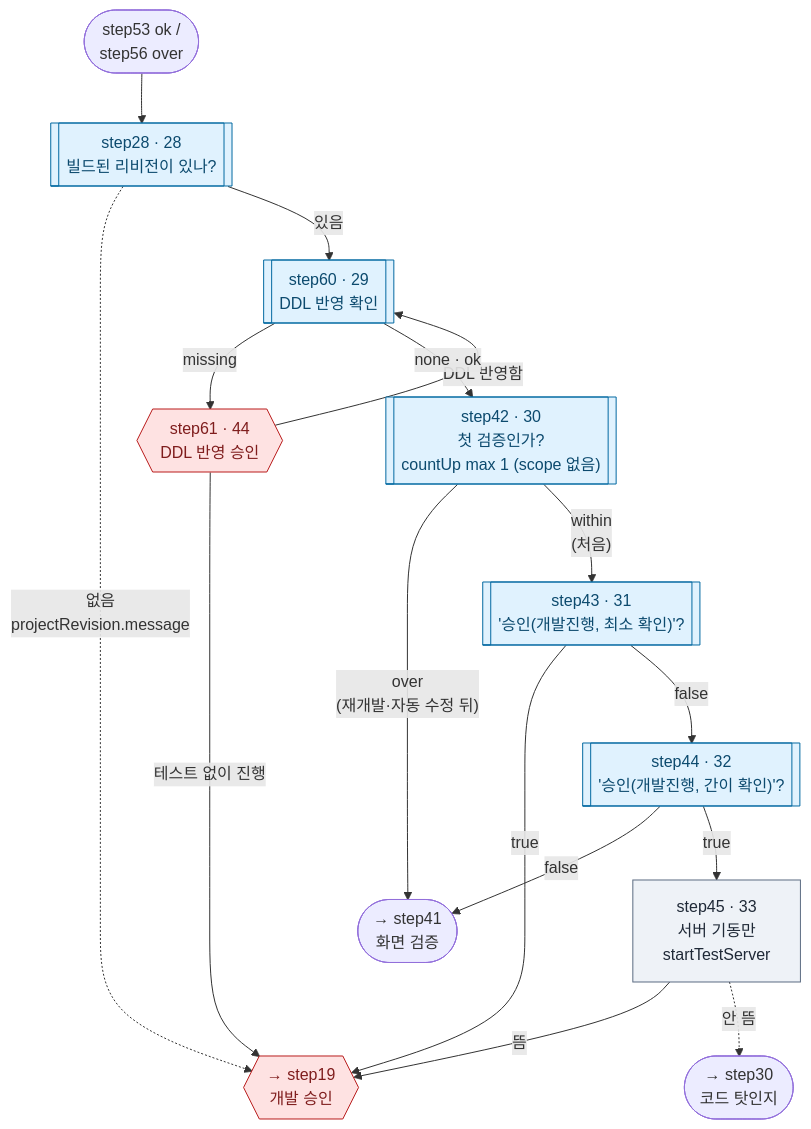
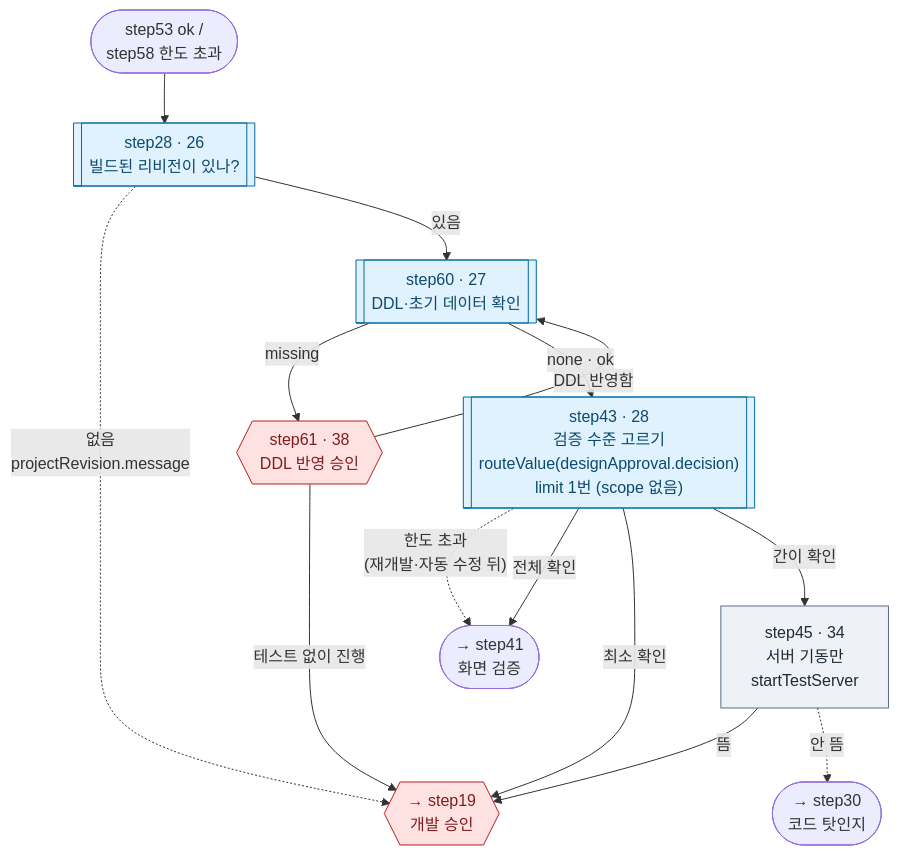
Diagram 14 of 24 in docs/09.dstone-ai-engine-sm-workflow.md (YongSoekChoeng/dstone), drawn with Mermaid before and after one commit. The commit also changed other lines of this file and 26 other files, not shown here.

First line of the commit message:
ai-engine: step 한도(limit)와 시작 시각 설정, sm-workflow 2.11.0 노드 줄이기(58 → 48)

````diff
--- a/docs/09.dstone-ai-engine-sm-workflow.md
+++ b/docs/09.dstone-ai-engine-sm-workflow.md
@@ -1087,22 +1042,20 @@
 ```mermaid
 flowchart TD
-    IN(["step53 ok /<br/>step56 over"]) --> step28[["step28 · 28<br/>빌드된 리비전이 있나?"]]:::route
+    IN(["step53 ok /<br/>step58 한도 초과"]) --> step28[["step28 · 26<br/>빌드된 리비전이 있나?"]]:::route
     step28 -.->|"없음<br/>projectRevision.message"| step19{{"→ step19<br/>개발 승인"}}:::appr
-    step28 -->|있음| step60[["step60 · 29<br/>DDL 반영 확인"]]:::route
-    step60 -->|missing| step61{{"step61 · 44<br/>DDL 반영 승인"}}:::appr
+    step28 -->|있음| step60[["step60 · 27<br/>DDL·초기 데이터 확인"]]:::route
+    step60 -->|missing| step61{{"step61 · 38<br/>DDL 반영 승인"}}:::appr
     step61 -->|DDL 반영함| step60
     step61 -->|테스트 없이 진행| step19
-    step60 -->|"none · ok"| step42[["step42 · 30<br/>첫 검증인가?<br/>countUp max 1 (scope 없음)"]]:::route
-    step42 -->|"over<br/>(재개발·자동 수정 뒤)"| FULL(["→ step41<br/>화면 검증"])
-    step42 -->|"within<br/>(처음)"| step43[["step43 · 31<br/>'승인(개발진행, 최소 확인)'?"]]:::route
-    step43 -->|true| step19
-    step43 -->|false| step44[["step44 · 32<br/>'승인(개발진행, 간이 확인)'?"]]:::route
-    step44 -->|false| FULL
-    step44 -->|true| step45["step45 · 33<br/>서버 기동만<br/>startTestServer"]:::tool
+    step60 -->|"none · ok"| step43[["step43 · 28<br/>검증 수준 고르기<br/>routeValue(designApproval.decision)<br/>limit 1번 (scope 없음)"]]:::route
+    step43 -.->|"한도 초과<br/>(재개발·자동 수정 뒤)"| FULL(["→ step41<br/>화면 검증"])
+    step43 -->|"전체 확인"| FULL
+    step43 -->|"최소 확인"| step19
+    step43 -->|"간이 확인"| step45["step45 · 34<br/>서버 기동만<br/>startTestServer"]:::tool
     step45 -->|뜸| step19
     step45 -.->|"안 뜸"| step30(["→ step30<br/>코드 탓인지"])
 
     classDef tool fill:#eef2f7,stroke:#5b6b82,color:#1f2937
     classDef route fill:#e0f2fe,stroke:#0369a1,color:#0c4a6e
     classDef appr fill:#fee2e2,stroke:#b91c1c,color:#7f1d1d
 ```
````
